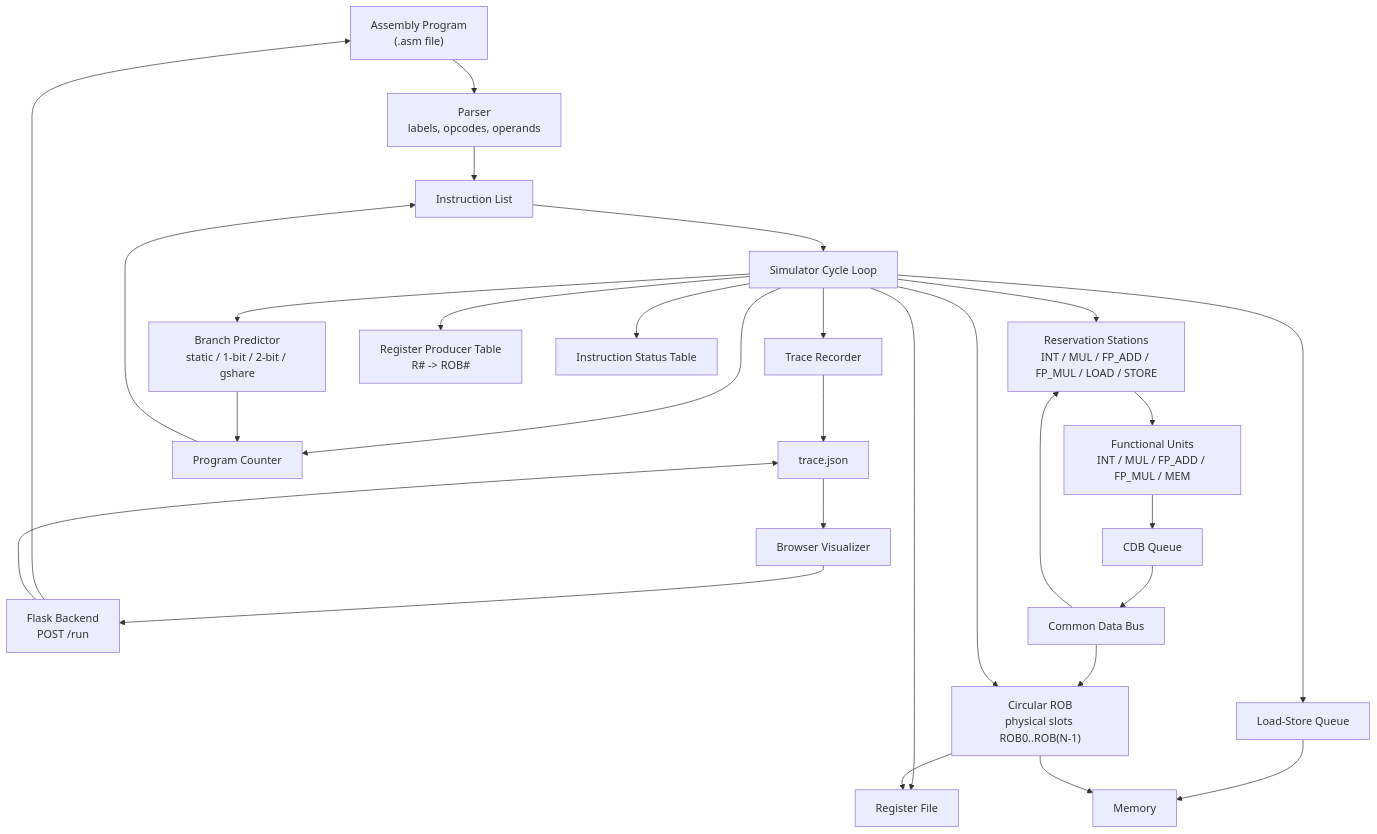
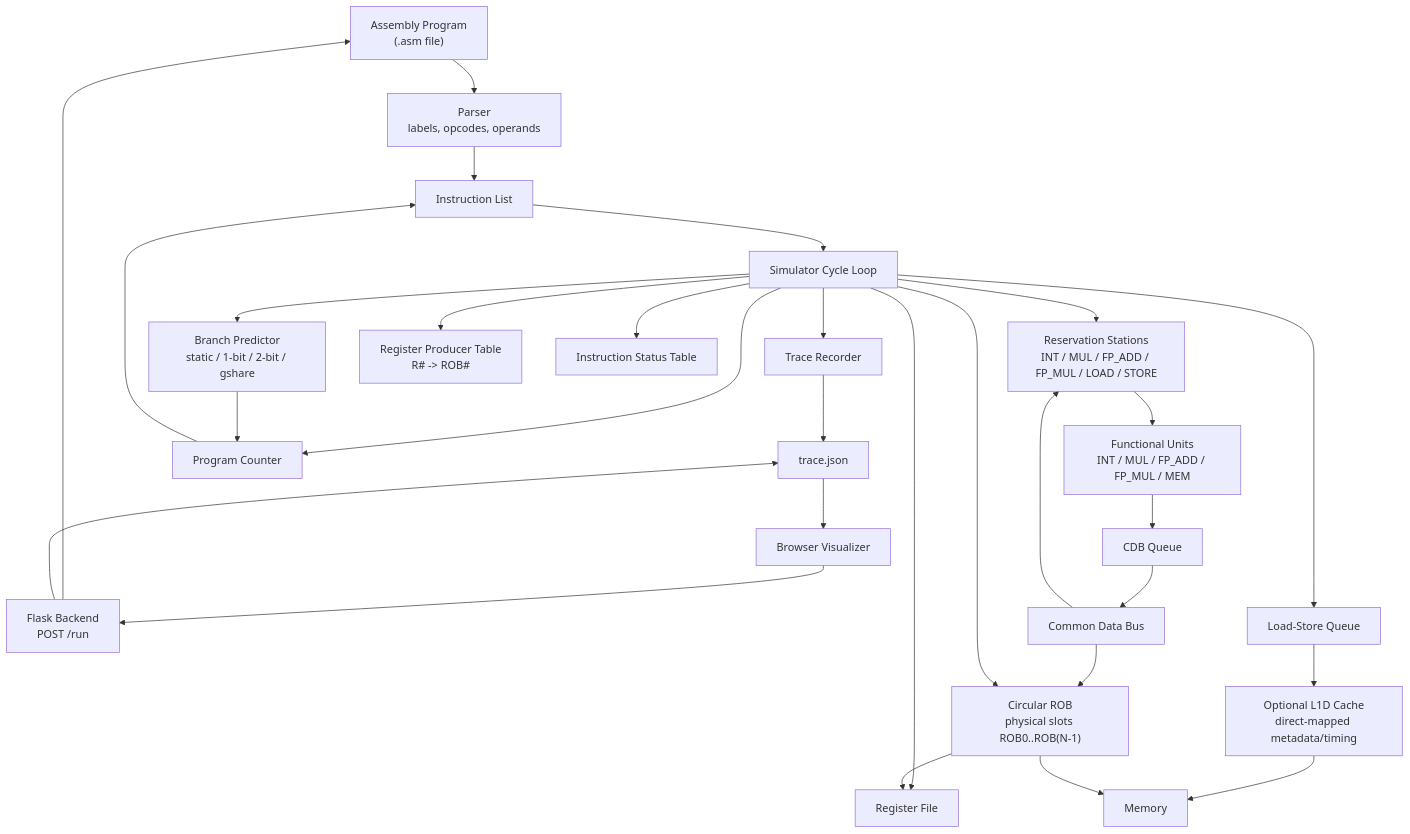
Before and after one commit to elu1652/Tomasulo-Simulator: the diagram in README.md, drawn with Mermaid. The commit also changed other lines of this file, not shown here.

Commit message:
Updated readme to include cache

````diff
--- a/README.md
+++ b/README.md
@@ -89,59 +90,61 @@
 ```mermaid
 flowchart TD
     Program["Assembly Program<br/>(.asm file)"]
     Parser["Parser<br/>labels, opcodes, operands"]
     Instructions["Instruction List"]
 
     Backend["Flask Backend<br/>POST /run"]
     Visualizer["Browser Visualizer"]
     TraceFile["trace.json"]
     TraceRecorder["Trace Recorder"]
 
     Simulator["Simulator Cycle Loop"]
     PC["Program Counter"]
     BP["Branch Predictor<br/>static / 1-bit / 2-bit / gshare"]
 
     RS["Reservation Stations<br/>INT / MUL / FP_ADD / FP_MUL / LOAD / STORE"]
     FU["Functional Units<br/>INT / MUL / FP_ADD / FP_MUL / MEM"]
     CDBQ["CDB Queue"]
     CDB["Common Data Bus"]
 
     RegFile["Register File"]
     RegProducer["Register Producer Table<br/>R# -> ROB#"]
     ROB["Circular ROB<br/>physical slots ROB0..ROB(N-1)"]
     LSQ["Load-Store Queue"]
+    L1D["Optional L1D Cache<br/>direct-mapped metadata/timing"]
     Memory["Memory"]
     Status["Instruction Status Table"]
 
     Visualizer --> Backend
     Backend --> Program
     Program --> Parser
     Parser --> Instructions
     Instructions --> Simulator
 
     Simulator --> PC
     PC --> Instructions
     Simulator --> BP
     BP --> PC
 
     Simulator --> RS
     RS --> FU
     FU --> CDBQ
     CDBQ --> CDB
     CDB --> ROB
     CDB --> RS
 
     Simulator --> RegProducer
     Simulator --> RegFile
     Simulator --> ROB
     Simulator --> LSQ
-    LSQ --> Memory
+    LSQ --> L1D
+    L1D --> Memory
     ROB --> RegFile
     ROB --> Memory
 
     Simulator --> Status
     Simulator --> TraceRecorder
     TraceRecorder --> TraceFile
     TraceFile --> Visualizer
     Backend --> TraceFile
 ```
````
